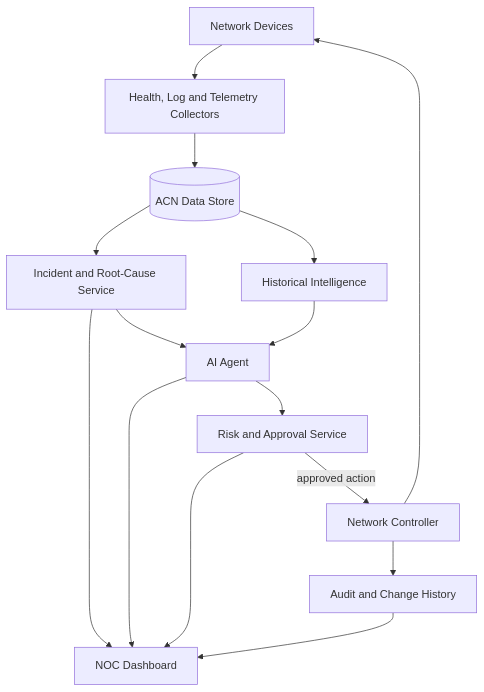
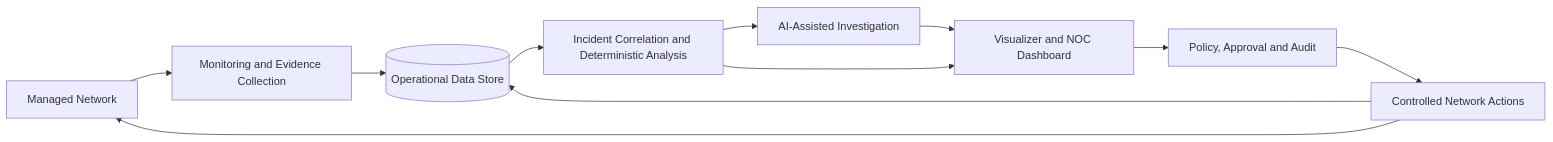
One commit to WillemSmit7/acn changed the diagram in ACN_FUNCTIONAL_TECHNICAL_SPECIFICATION.md. Above: the diagram before and after it, drawn with Mermaid. The commit also changed other lines of this file and 45 other files, not shown here.

First line of the commit message:
feat: expand root cause types and scenarios for ISP failures

````diff
--- a/ACN_FUNCTIONAL_TECHNICAL_SPECIFICATION.md
+++ b/ACN_FUNCTIONAL_TECHNICAL_SPECIFICATION.md
@@ -201,28 +325,13 @@
 ```mermaid
-flowchart TD
-    Devices[Network Devices]
-    Monitoring[Health, Log and Telemetry Collectors]
-    Data[(ACN Data Store)]
-    Incident[Incident and Root-Cause Service]
-    History[Historical Intelligence]
-    Agent[AI Agent]
-    Risk[Risk and Approval Service]
-    Controller[Network Controller]
-    Audit[Audit and Change History]
-    Dashboard[NOC Dashboard]
-
-    Devices --> Monitoring
-    Monitoring --> Data
-    Data --> Incident
-    Incident --> Agent
-    Data --> History
-    History --> Agent
-    Agent --> Risk
-    Risk -->|approved action| Controller
-    Controller --> Devices
-    Controller --> Audit
-    Incident --> Dashboard
-    Agent --> Dashboard
-    Risk --> Dashboard
-    Audit --> Dashboard
+flowchart LR
+    Network[Managed Network] --> Collection[Monitoring and Evidence Collection]
+    Collection --> Data[(Operational Data Store)]
+    Data --> Correlation[Incident Correlation and Deterministic Analysis]
+    Correlation --> AI[AI-Assisted Investigation]
+    Correlation --> Dashboard[Visualizer and NOC Dashboard]
+    AI --> Dashboard
+    Dashboard --> Governance[Policy, Approval and Audit]
+    Governance --> Control[Controlled Network Actions]
+    Control --> Network
+    Control --> Data
 ```
````
